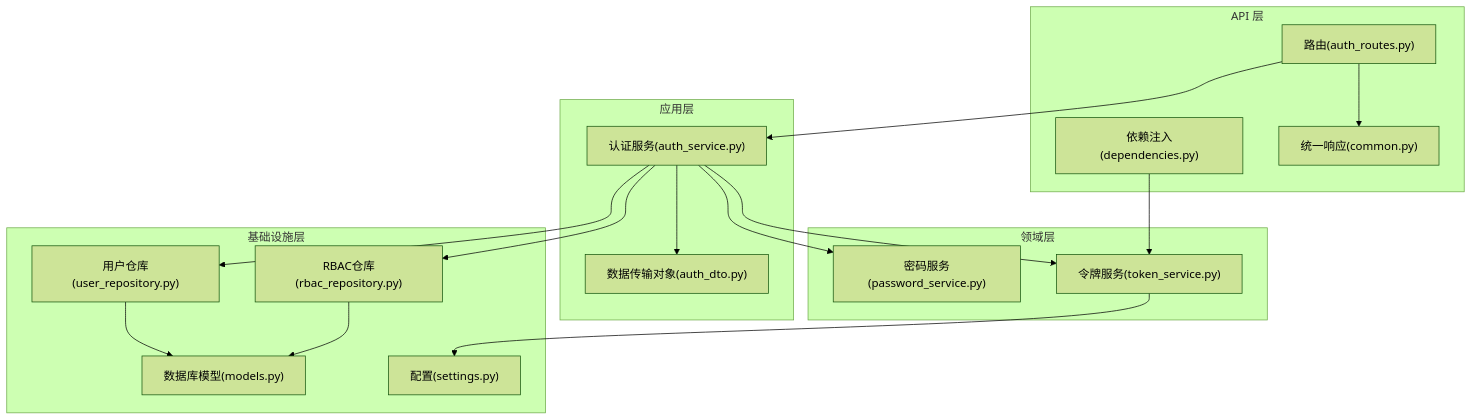
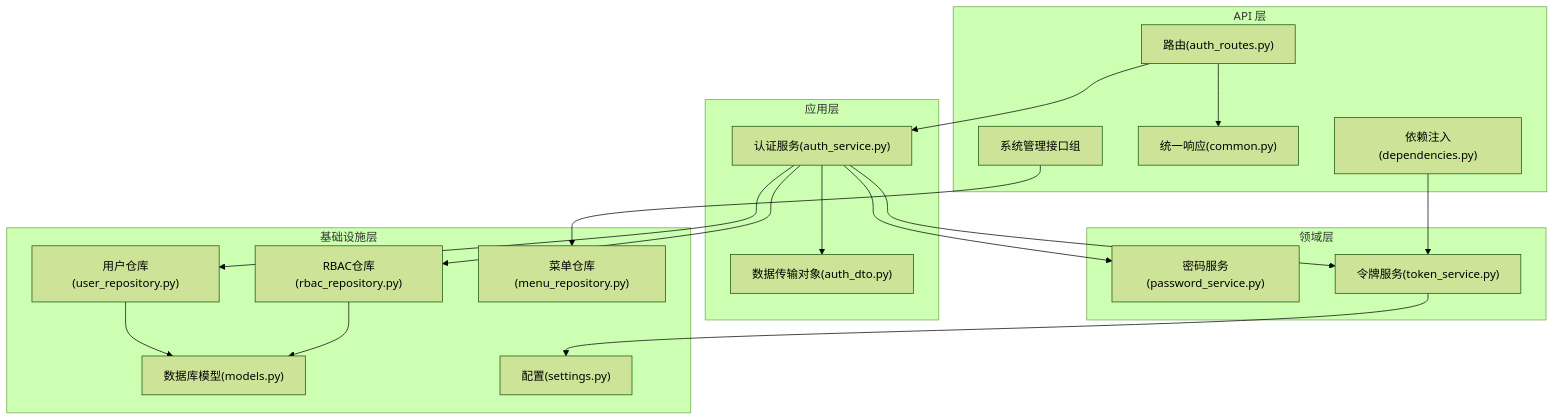
Before and after one commit to taoweidong/Hello-FastApi: the first of 9 diagrams in .qoder/repowiki/zh/content/认证系统/认证系统.md, drawn with Mermaid (forest theme). The commit also changed other lines of this file and 19 other files, not shown here.

````diff
--- a/.qoder/repowiki/zh/content/认证系统/认证系统.md
+++ b/.qoder/repowiki/zh/content/认证系统/认证系统.md
@@ -52,33 +75,36 @@
 ```mermaid
 graph TB
 subgraph "API 层"
 R["路由(auth_routes.py)"]
 D["依赖注入(dependencies.py)"]
 C["统一响应(common.py)"]
+ER["系统管理接口组"]
 end
 subgraph "应用层"
 AS["认证服务(auth_service.py)"]
 DTO["数据传输对象(auth_dto.py)"]
 end
 subgraph "领域层"
 PS["密码服务(password_service.py)"]
 TS["令牌服务(token_service.py)"]
 end
 subgraph "基础设施层"
 UR["用户仓库(user_repository.py)"]
 RR["RBAC仓库(rbac_repository.py)"]
+MR["菜单仓库(menu_repository.py)"]
 M["数据库模型(models.py)"]
 S["配置(settings.py)"]
 end
 R --> AS
 D --> TS
 AS --> PS
 AS --> TS
 AS --> UR
 AS --> RR
 UR --> M
 RR --> M
 AS --> DTO
 R --> C
 TS --> S
+ER --> MR
 ```
````
